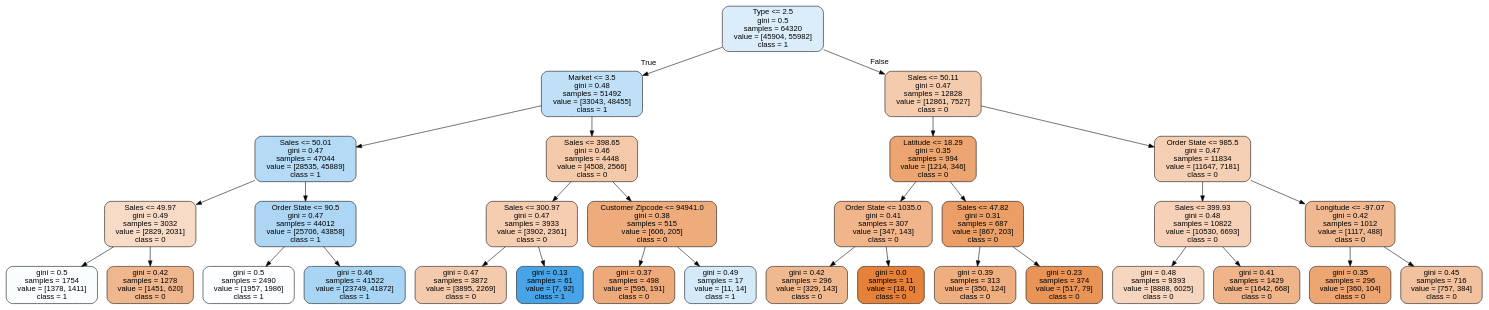
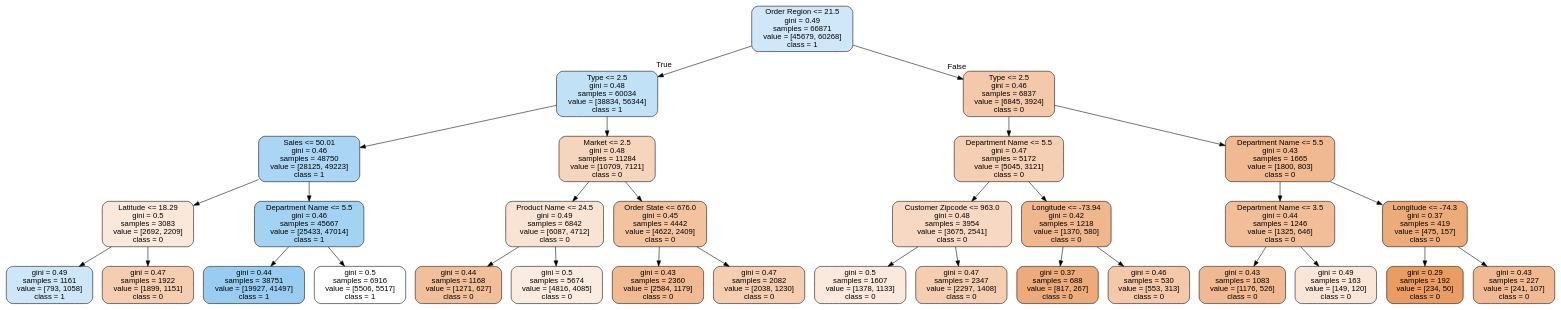
Before and after one commit to BDBlank/SmartSupplyChain: the diagram in tree.dot, drawn with Graphviz. The commit also changed 2 other files, not shown here.

```diff
--- a/tree.dot
+++ b/tree.dot
@@ -1,65 +1,65 @@
 digraph Tree {
 node [shape=box, style="filled, rounded", color="black", fontname=helvetica] ;
 edge [fontname=helvetica] ;
-0 [label="Type <= 2.5\ngini = 0.5\nsamples = 64320\nvalue = [45904, 55982]\nclass = 1", fillcolor="#dbedfa"] ;
-1 [label="Market <= 3.5\ngini = 0.48\nsamples = 51492\nvalue = [33043, 48455]\nclass = 1", fillcolor="#c0e0f7"] ;
+0 [label="Order Region <= 21.5\ngini = 0.49\nsamples = 66871\nvalue = [45679, 60268]\nclass = 1", fillcolor="#cfe7f9"] ;
+1 [label="Type <= 2.5\ngini = 0.48\nsamples = 60034\nvalue = [38834, 56344]\nclass = 1", fillcolor="#c1e1f7"] ;
 0 -> 1 [labeldistance=2.5, labelangle=45, headlabel="True"] ;
-2 [label="Sales <= 50.01\ngini = 0.47\nsamples = 47044\nvalue = [28535, 45889]\nclass = 1", fillcolor="#b4daf5"] ;
+2 [label="Sales <= 50.01\ngini = 0.46\nsamples = 48750\nvalue = [28125, 49223]\nclass = 1", fillcolor="#aad5f4"] ;
 1 -> 2 ;
-3 [label="Sales <= 49.97\ngini = 0.49\nsamples = 3032\nvalue = [2829, 2031]\nclass = 0", fillcolor="#f8dbc7"] ;
+3 [label="Latitude <= 18.29\ngini = 0.5\nsamples = 3083\nvalue = [2692, 2209]\nclass = 0", fillcolor="#fae8db"] ;
 2 -> 3 ;
-4 [label="gini = 0.5\nsamples = 1754\nvalue = [1378, 1411]\nclass = 1", fillcolor="#fafdfe"] ;
+4 [label="gini = 0.49\nsamples = 1161\nvalue = [793, 1058]\nclass = 1", fillcolor="#cde6f8"] ;
 3 -> 4 ;
-5 [label="gini = 0.42\nsamples = 1278\nvalue = [1451, 620]\nclass = 0", fillcolor="#f0b78e"] ;
+5 [label="gini = 0.47\nsamples = 1922\nvalue = [1899, 1151]\nclass = 0", fillcolor="#f5cdb1"] ;
 3 -> 5 ;
-6 [label="Order State <= 90.5\ngini = 0.47\nsamples = 44012\nvalue = [25706, 43858]\nclass = 1", fillcolor="#add6f4"] ;
+6 [label="Department Name <= 5.5\ngini = 0.46\nsamples = 45667\nvalue = [25433, 47014]\nclass = 1", fillcolor="#a4d2f3"] ;
 2 -> 6 ;
-7 [label="gini = 0.5\nsamples = 2490\nvalue = [1957, 1986]\nclass = 1", fillcolor="#fcfeff"] ;
+7 [label="gini = 0.44\nsamples = 38751\nvalue = [19927, 41497]\nclass = 1", fillcolor="#98ccf1"] ;
 6 -> 7 ;
-8 [label="gini = 0.46\nsamples = 41522\nvalue = [23749, 41872]\nclass = 1", fillcolor="#a9d5f4"] ;
+8 [label="gini = 0.5\nsamples = 6916\nvalue = [5506, 5517]\nclass = 1", fillcolor="#ffffff"] ;
 6 -> 8 ;
-9 [label="Sales <= 398.65\ngini = 0.46\nsamples = 4448\nvalue = [4508, 2566]\nclass = 0", fillcolor="#f4c9aa"] ;
+9 [label="Market <= 2.5\ngini = 0.48\nsamples = 11284\nvalue = [10709, 7121]\nclass = 0", fillcolor="#f6d5bd"] ;
 1 -> 9 ;
-10 [label="Sales <= 300.97\ngini = 0.47\nsamples = 3933\nvalue = [3902, 2361]\nclass = 0", fillcolor="#f5cdb1"] ;
+10 [label="Product Name <= 24.5\ngini = 0.49\nsamples = 6842\nvalue = [6087, 4712]\nclass = 0", fillcolor="#f9e3d2"] ;
 9 -> 10 ;
-11 [label="gini = 0.47\nsamples = 3872\nvalue = [3895, 2269]\nclass = 0", fillcolor="#f4caac"] ;
+11 [label="gini = 0.44\nsamples = 1168\nvalue = [1271, 627]\nclass = 0", fillcolor="#f2bf9b"] ;
 10 -> 11 ;
-12 [label="gini = 0.13\nsamples = 61\nvalue = [7, 92]\nclass = 1", fillcolor="#48a4e7"] ;
+12 [label="gini = 0.5\nsamples = 5674\nvalue = [4816, 4085]\nclass = 0", fillcolor="#fbece1"] ;
 10 -> 12 ;
-13 [label="Customer Zipcode <= 94941.0\ngini = 0.38\nsamples = 515\nvalue = [606, 205]\nclass = 0", fillcolor="#eeac7c"] ;
+13 [label="Order State <= 676.0\ngini = 0.45\nsamples = 4442\nvalue = [4622, 2409]\nclass = 0", fillcolor="#f3c3a0"] ;
 9 -> 13 ;
-14 [label="gini = 0.37\nsamples = 498\nvalue = [595, 191]\nclass = 0", fillcolor="#eda979"] ;
+14 [label="gini = 0.43\nsamples = 2360\nvalue = [2584, 1179]\nclass = 0", fillcolor="#f1ba93"] ;
 13 -> 14 ;
-15 [label="gini = 0.49\nsamples = 17\nvalue = [11, 14]\nclass = 1", fillcolor="#d5eaf9"] ;
+15 [label="gini = 0.47\nsamples = 2082\nvalue = [2038, 1230]\nclass = 0", fillcolor="#f5cdb0"] ;
 13 -> 15 ;
-16 [label="Sales <= 50.11\ngini = 0.47\nsamples = 12828\nvalue = [12861, 7527]\nclass = 0", fillcolor="#f4cbad"] ;
+16 [label="Type <= 2.5\ngini = 0.46\nsamples = 6837\nvalue = [6845, 3924]\nclass = 0", fillcolor="#f4c9ab"] ;
 0 -> 16 [labeldistance=2.5, labelangle=-45, headlabel="False"] ;
-17 [label="Latitude <= 18.29\ngini = 0.35\nsamples = 994\nvalue = [1214, 346]\nclass = 0", fillcolor="#eca571"] ;
+17 [label="Department Name <= 5.5\ngini = 0.47\nsamples = 5172\nvalue = [5045, 3121]\nclass = 0", fillcolor="#f5cfb3"] ;
 16 -> 17 ;
-18 [label="Order State <= 1035.0\ngini = 0.41\nsamples = 307\nvalue = [347, 143]\nclass = 0", fillcolor="#f0b58b"] ;
+18 [label="Customer Zipcode <= 963.0\ngini = 0.48\nsamples = 3954\nvalue = [3675, 2541]\nclass = 0", fillcolor="#f7d8c2"] ;
 17 -> 18 ;
-19 [label="gini = 0.42\nsamples = 296\nvalue = [329, 143]\nclass = 0", fillcolor="#f0b88f"] ;
+19 [label="gini = 0.5\nsamples = 1607\nvalue = [1378, 1133]\nclass = 0", fillcolor="#fae9dc"] ;
 18 -> 19 ;
-20 [label="gini = 0.0\nsamples = 11\nvalue = [18, 0]\nclass = 0", fillcolor="#e58139"] ;
+20 [label="gini = 0.47\nsamples = 2347\nvalue = [2297, 1408]\nclass = 0", fillcolor="#f5ceb2"] ;
 18 -> 20 ;
-21 [label="Sales <= 47.82\ngini = 0.31\nsamples = 687\nvalue = [867, 203]\nclass = 0", fillcolor="#eb9f67"] ;
+21 [label="Longitude <= -73.94\ngini = 0.42\nsamples = 1218\nvalue = [1370, 580]\nclass = 0", fillcolor="#f0b68d"] ;
 17 -> 21 ;
-22 [label="gini = 0.39\nsamples = 313\nvalue = [350, 124]\nclass = 0", fillcolor="#eeae7f"] ;
+22 [label="gini = 0.37\nsamples = 688\nvalue = [817, 267]\nclass = 0", fillcolor="#edaa7a"] ;
 21 -> 22 ;
-23 [label="gini = 0.23\nsamples = 374\nvalue = [517, 79]\nclass = 0", fillcolor="#e99457"] ;
+23 [label="gini = 0.46\nsamples = 530\nvalue = [553, 313]\nclass = 0", fillcolor="#f4c8a9"] ;
 21 -> 23 ;
-24 [label="Order State <= 985.5\ngini = 0.47\nsamples = 11834\nvalue = [11647, 7181]\nclass = 0", fillcolor="#f5cfb3"] ;
+24 [label="Department Name <= 5.5\ngini = 0.43\nsamples = 1665\nvalue = [1800, 803]\nclass = 0", fillcolor="#f1b991"] ;
 16 -> 24 ;
-25 [label="Sales <= 399.93\ngini = 0.48\nsamples = 10822\nvalue = [10530, 6693]\nclass = 0", fillcolor="#f6d1b7"] ;
+25 [label="Department Name <= 3.5\ngini = 0.44\nsamples = 1246\nvalue = [1325, 646]\nclass = 0", fillcolor="#f2be9a"] ;
 24 -> 25 ;
-26 [label="gini = 0.48\nsamples = 9393\nvalue = [8888, 6025]\nclass = 0", fillcolor="#f7d6bf"] ;
+26 [label="gini = 0.43\nsamples = 1083\nvalue = [1176, 526]\nclass = 0", fillcolor="#f1b992"] ;
 25 -> 26 ;
-27 [label="gini = 0.41\nsamples = 1429\nvalue = [1642, 668]\nclass = 0", fillcolor="#f0b48a"] ;
+27 [label="gini = 0.49\nsamples = 163\nvalue = [149, 120]\nclass = 0", fillcolor="#fae6d8"] ;
 25 -> 27 ;
-28 [label="Longitude <= -97.07\ngini = 0.42\nsamples = 1012\nvalue = [1117, 488]\nclass = 0", fillcolor="#f0b890"] ;
+28 [label="Longitude <= -74.3\ngini = 0.37\nsamples = 419\nvalue = [475, 157]\nclass = 0", fillcolor="#eeab7a"] ;
 24 -> 28 ;
-29 [label="gini = 0.35\nsamples = 296\nvalue = [360, 104]\nclass = 0", fillcolor="#eda572"] ;
+29 [label="gini = 0.29\nsamples = 192\nvalue = [234, 50]\nclass = 0", fillcolor="#eb9c63"] ;
 28 -> 29 ;
-30 [label="gini = 0.45\nsamples = 716\nvalue = [757, 384]\nclass = 0", fillcolor="#f2c19d"] ;
+30 [label="gini = 0.43\nsamples = 227\nvalue = [241, 107]\nclass = 0", fillcolor="#f1b991"] ;
 28 -> 30 ;
 }
```
